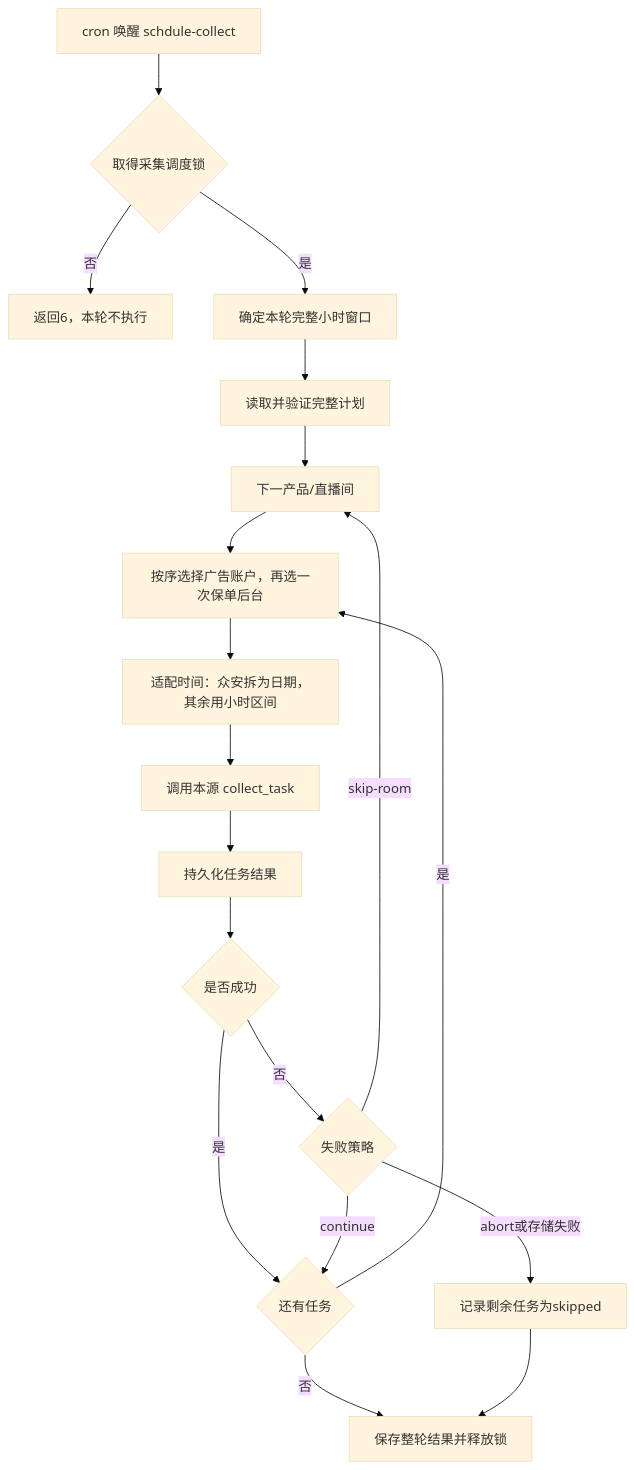
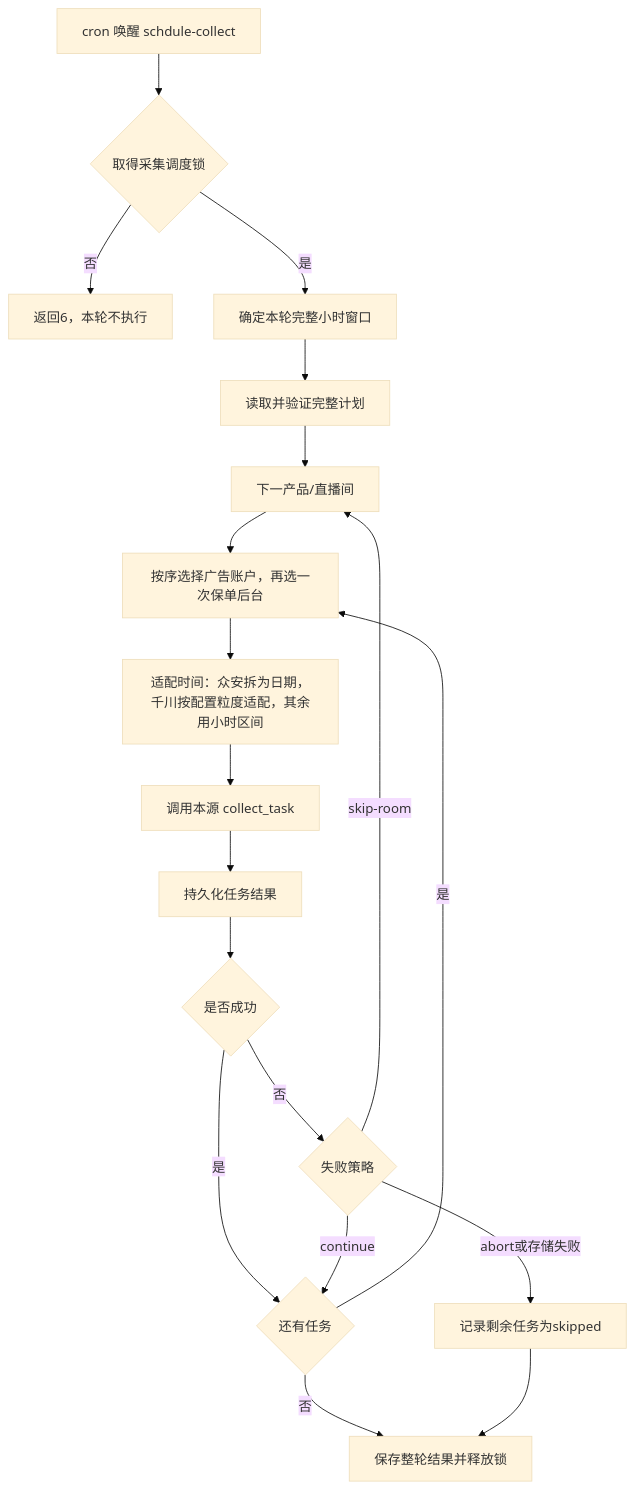
The third of 3 diagrams in schdule/SPEC.md (OnfireMrHuang/staffhub), drawn with Mermaid (base theme) before and after one commit. The commit also changed other lines of this file and 48 other files, not shown here.

````diff
--- a/schdule/SPEC.md
+++ b/schdule/SPEC.md
@@ -134,21 +133,21 @@
 ```mermaid
 flowchart TD
     A[cron 唤醒 schdule-collect] --> L{取得采集调度锁}
     L -- 否 --> B[返回6，本轮不执行]
     L -- 是 --> W[确定本轮完整小时窗口]
     W --> P[读取并验证完整计划]
     P --> R[下一产品/直播间]
     R --> T[按序选择广告账户，再选一次保单后台]
-    T --> D[适配时间：众安拆为日期，其余用小时区间]
+    T --> D[适配时间：众安拆为日期，千川按配置粒度适配，其余用小时区间]
     D --> C[调用本源 collect_task]
     C --> J[持久化任务结果]
     J --> S{是否成功}
     S -- 是 --> N{还有任务}
     N -- 是 --> T
     N -- 否 --> E[保存整轮结果并释放锁]
     S -- 否 --> F{失败策略}
     F -- continue --> N
     F -- skip-room --> R
     F -- abort或存储失败 --> K[记录剩余任务为skipped]
     K --> E
 ```
````
